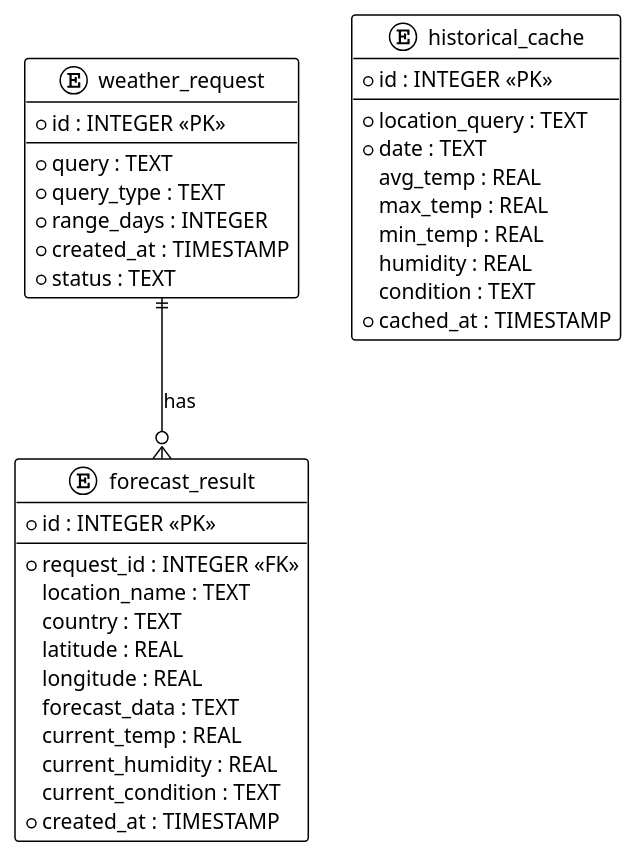
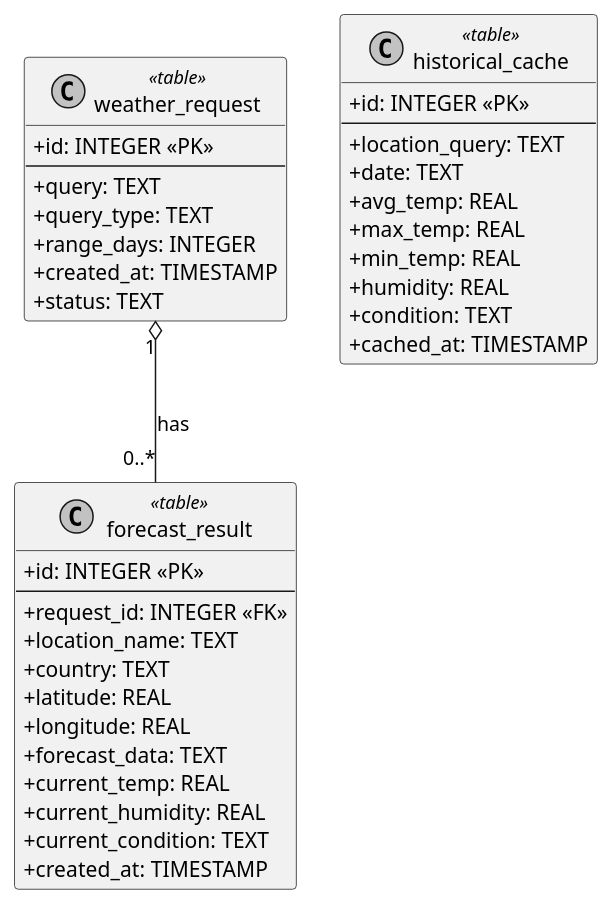
Before and after one commit to AASoftIR/kanban: the diagram in diagrams/07_er_diagram.puml, drawn with PlantUML. The commit also changed 25 other files, not shown here.

```diff
--- a/diagrams/07_er_diagram.puml
+++ b/diagrams/07_er_diagram.puml
@@ -2,44 +2,50 @@
 @startuml ERDiagram
-!theme plain
+' Rational Rose-like styling (classic UML look)
+skinparam monochrome true
+skinparam shadowing false
+skinparam BackgroundColor white
+skinparam DefaultFontName Arial
+skinparam classAttributeIconSize 0
 
-entity "weather_request" as WR {
-    * id : INTEGER <<PK>>
+' Represent tables using UML classes with a <<table>> stereotype
+class "weather_request" as WR <<table>> {
+    +id: INTEGER <<PK>>
     --
-    * query : TEXT
-    * query_type : TEXT
-    * range_days : INTEGER
-    * created_at : TIMESTAMP
-    * status : TEXT
+    +query: TEXT
+    +query_type: TEXT
+    +range_days: INTEGER
+    +created_at: TIMESTAMP
+    +status: TEXT
 }
 
-entity "forecast_result" as FR {
-    * id : INTEGER <<PK>>
+class "forecast_result" as FR <<table>> {
+    +id: INTEGER <<PK>>
     --
-    * request_id : INTEGER <<FK>>
-    location_name : TEXT
-    country : TEXT
-    latitude : REAL
-    longitude : REAL
-    forecast_data : TEXT
-    current_temp : REAL
-    current_humidity : REAL
-    current_condition : TEXT
-    * created_at : TIMESTAMP
+    +request_id: INTEGER <<FK>>
+    +location_name: TEXT
+    +country: TEXT
+    +latitude: REAL
+    +longitude: REAL
+    +forecast_data: TEXT
+    +current_temp: REAL
+    +current_humidity: REAL
+    +current_condition: TEXT
+    +created_at: TIMESTAMP
 }
 
-entity "historical_cache" as HC {
-    * id : INTEGER <<PK>>
+class "historical_cache" as HC <<table>> {
+    +id: INTEGER <<PK>>
     --
-    * location_query : TEXT
-    * date : TEXT
-    avg_temp : REAL
-    max_temp : REAL
-    min_temp : REAL
-    humidity : REAL
-    condition : TEXT
-    * cached_at : TIMESTAMP
+    +location_query: TEXT
+    +date: TEXT
+    +avg_temp: REAL
+    +max_temp: REAL
+    +min_temp: REAL
+    +humidity: REAL
+    +condition: TEXT
+    +cached_at: TIMESTAMP
 }
 
-WR ||--o{ FR : "has"
+WR "1" o-- "0..*" FR : has
 
 @enduml
```
